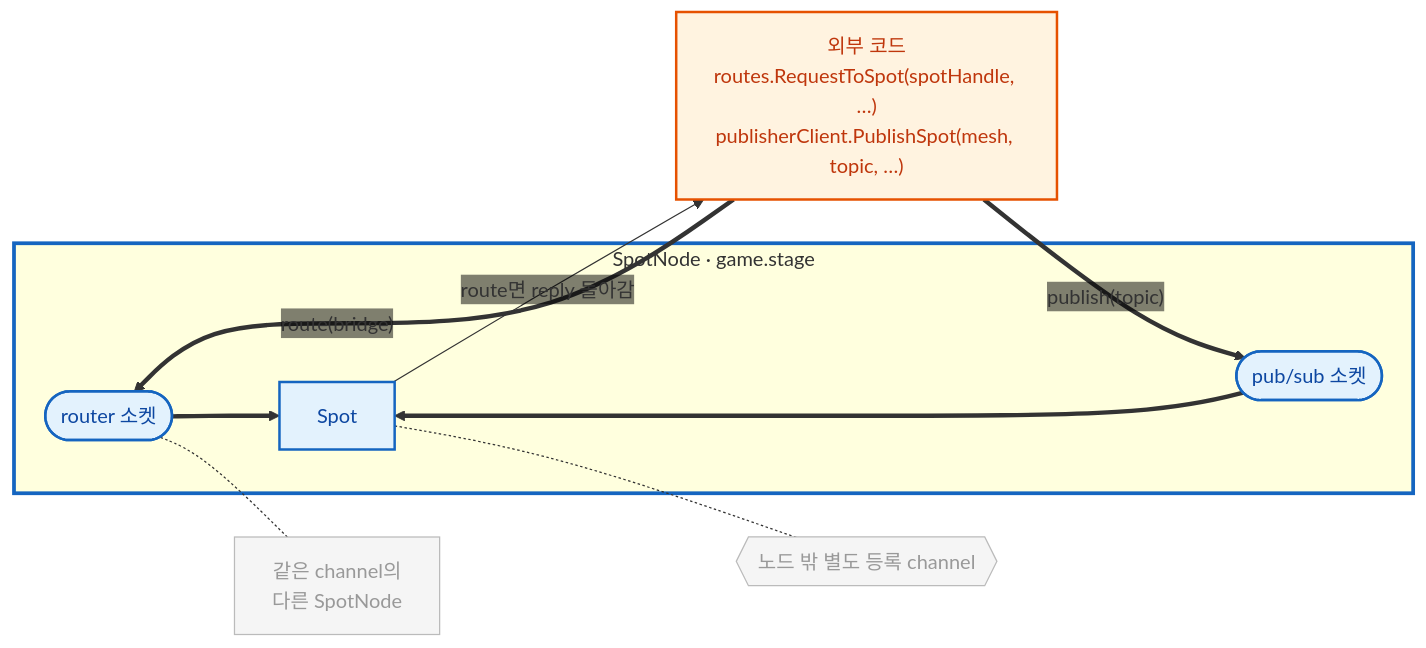
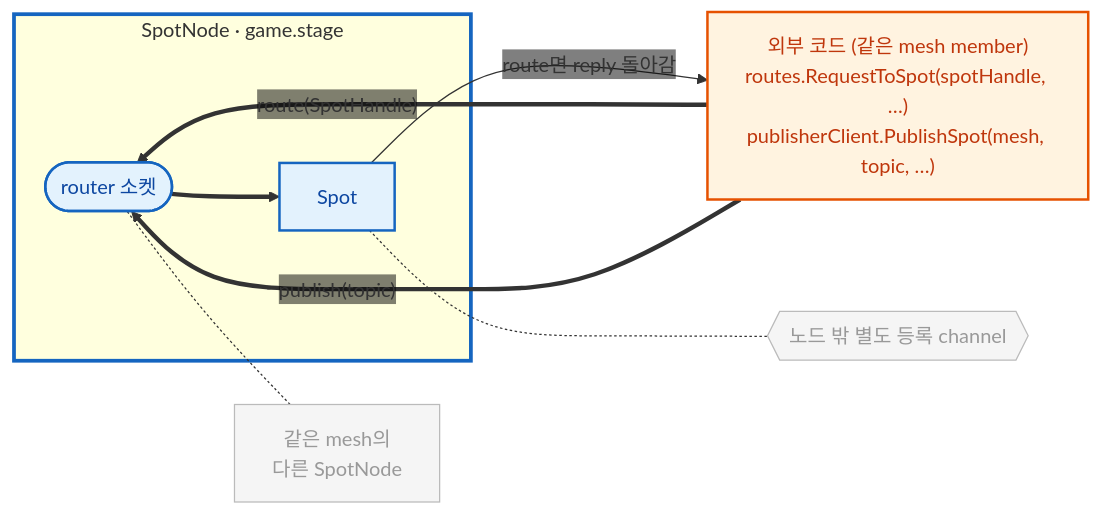
One commit to kairos-code-dev/zlink changed the fifth of 8 diagrams in framework/doc/framework/dotnet/guide/06-spot.ko.md. Above: the diagram before and after it, drawn with Mermaid. The commit also changed other lines of this file and 7 other files, not shown here.

````diff
--- a/framework/doc/framework/dotnet/guide/06-spot.ko.md
+++ b/framework/doc/framework/dotnet/guide/06-spot.ko.md
@@ -278,24 +277,23 @@
 ```mermaid
 %%{init: {'themeVariables': {'edgeLabelBackground':'transparent'}}}%%
 flowchart LR
   subgraph node["SpotNode · game.stage"]
     rsock(["router 소켓"])
-    psock(["pub/sub 소켓"])
     spot["Spot"]
   end
-  peer["같은 channel의<br/>다른 SpotNode"]
-  ext["외부 코드<br/>routes.RequestToSpot(spotHandle, …)<br/>publisherClient.PublishSpot(mesh, topic, …)"]
+  peer["같은 mesh의<br/>다른 SpotNode"]
+  ext["외부 코드 (같은 mesh member)<br/>routes.RequestToSpot(spotHandle, …)<br/>publisherClient.PublishSpot(mesh, topic, …)"]
   chan{{"노드 밖 별도 등록 channel"}}
-  ext ==>|"route(bridge)"| rsock ==> spot
-  ext ==>|"publish(topic)"| psock ==> spot
+  ext ==>|"route(SpotHandle)"| rsock ==> spot
+  ext ==>|"publish(topic)"| rsock
   spot -->|"route면 reply 돌아감"| ext
   rsock -.- peer
   spot -.- chan
   classDef on fill:#fff3e0,stroke:#e65100,stroke-width:2px,color:#bf360c;
   classDef onIn fill:#e3f2fd,stroke:#1565c0,stroke-width:2px,color:#0d47a1;
   classDef dim fill:#f5f5f5,stroke:#bbbbbb,color:#999999;
   class ext on;
-  class rsock,psock,spot onIn;
+  class rsock,spot onIn;
   class peer,chan dim;
   style node stroke:#1565c0,stroke-width:3px
 ```
````
